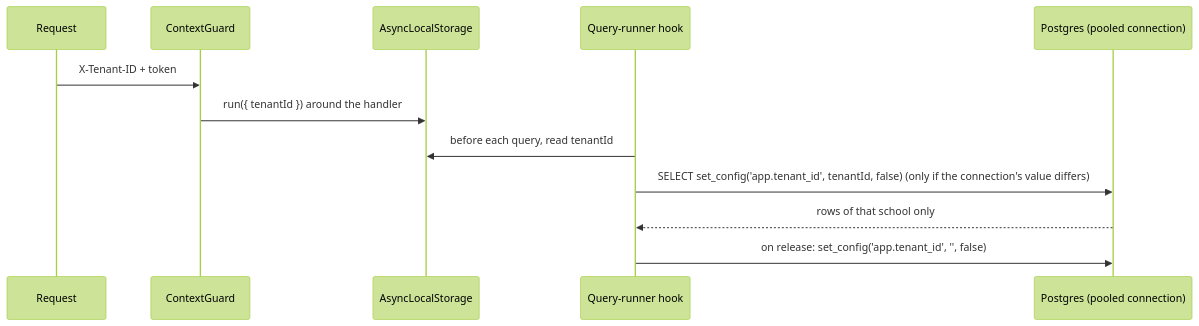
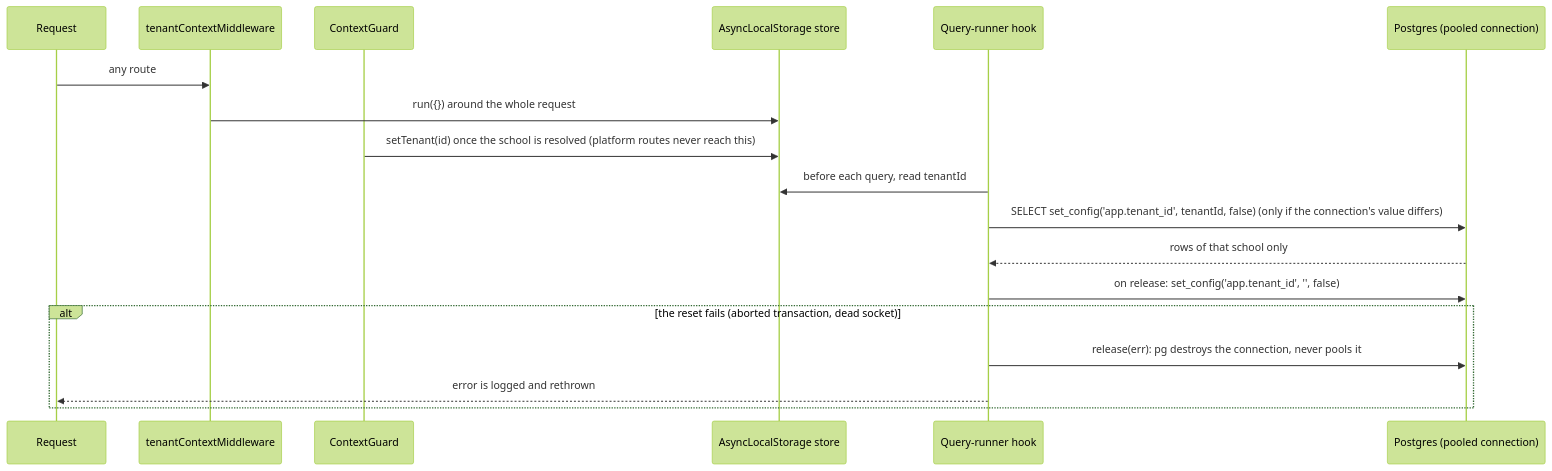
Diagram 28 of 28 in docs/architecture/02-auth-and-multitenancy.md (tareq89/biddaloy), drawn with Mermaid (forest theme) before and after one commit. The commit also changed other lines of this file and 25 other files, not shown here.

````diff
--- a/docs/architecture/02-auth-and-multitenancy.md
+++ b/docs/architecture/02-auth-and-multitenancy.md
@@ -1270,14 +1271,20 @@
 ```mermaid
 sequenceDiagram
   participant R as Request
+  participant M as tenantContextMiddleware
   participant G as ContextGuard
-  participant A as AsyncLocalStorage
+  participant A as AsyncLocalStorage store
   participant H as Query-runner hook
   participant P as Postgres (pooled connection)
-  R->>G: X-Tenant-ID + token
-  G->>A: run({ tenantId }) around the handler
+  R->>M: any route
+  M->>A: run({}) around the whole request
+  G->>A: setTenant(id) once the school is resolved (platform routes never reach this)
   H->>A: before each query, read tenantId
   H->>P: SELECT set_config('app.tenant_id', tenantId, false) (only if the connection's value differs)
   P-->>H: rows of that school only
   H->>P: on release: set_config('app.tenant_id', '', false)
+  alt the reset fails (aborted transaction, dead socket)
+    H->>P: release(err): pg destroys the connection, never pools it
+    H-->>R: error is logged and rethrown
+  end
 ```
````
